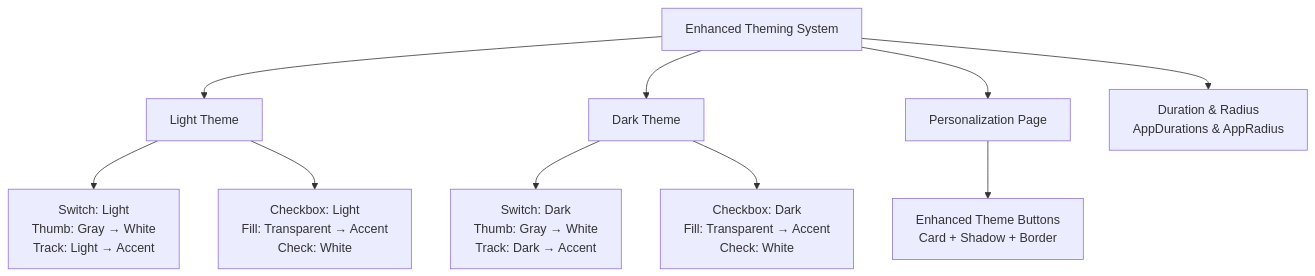
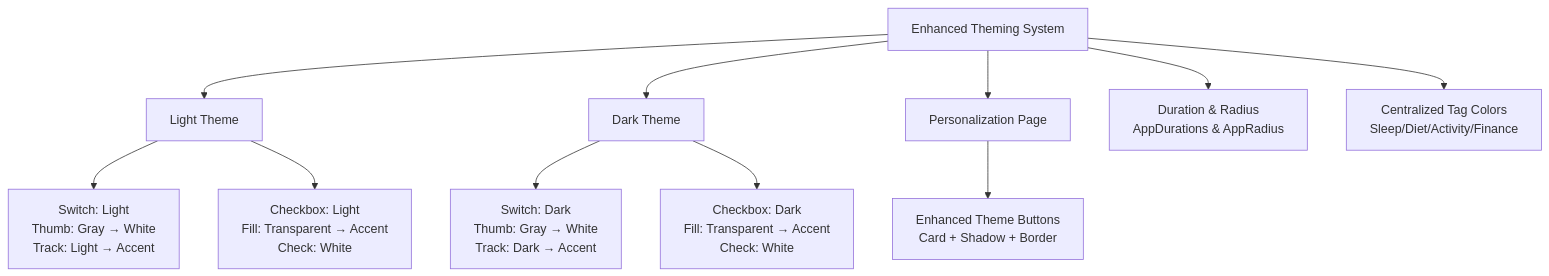
One commit to favoroo/QNote changed the ninth of 12 diagrams in .qoder/repowiki/en/content/UI Components and Pages/UI Components and Pages.md. Above: the diagram before and after it, drawn with Mermaid. The commit also changed other lines of this file and 65 other files, not shown here.

First line of the commit message:
docs: 新增项目文档与配置文件，修复AI提取与热力图问题

````diff
--- a/.qoder/repowiki/en/content/UI Components and Pages/UI Components and Pages.md
+++ b/.qoder/repowiki/en/content/UI Components and Pages/UI Components and Pages.md
@@ -489,12 +527,13 @@
 ```mermaid
 flowchart TD
 ThemeSystem["Enhanced Theming System"] --> LightTheme["Light Theme"]
 ThemeSystem --> DarkTheme["Dark Theme"]
 LightTheme --> SwitchLight["Switch: Light<br/>Thumb: Gray → White<br/>Track: Light → Accent"]
 LightTheme --> CheckboxLight["Checkbox: Light<br/>Fill: Transparent → Accent<br/>Check: White"]
 DarkTheme --> SwitchDark["Switch: Dark<br/>Thumb: Gray → White<br/>Track: Dark → Accent"]
 DarkTheme --> CheckboxDark["Checkbox: Dark<br/>Fill: Transparent → Accent<br/>Check: White"]
 ThemeSystem --> Personalization["Personalization Page"]
 Personalization --> ThemeButtons["Enhanced Theme Buttons<br/>Card + Shadow + Border"]
 ThemeSystem --> Constants["Duration & Radius<br/>AppDurations & AppRadius"]
+ThemeSystem --> TagColors["Centralized Tag Colors<br/>Sleep/Diet/Activity/Finance"]
 ```
````
